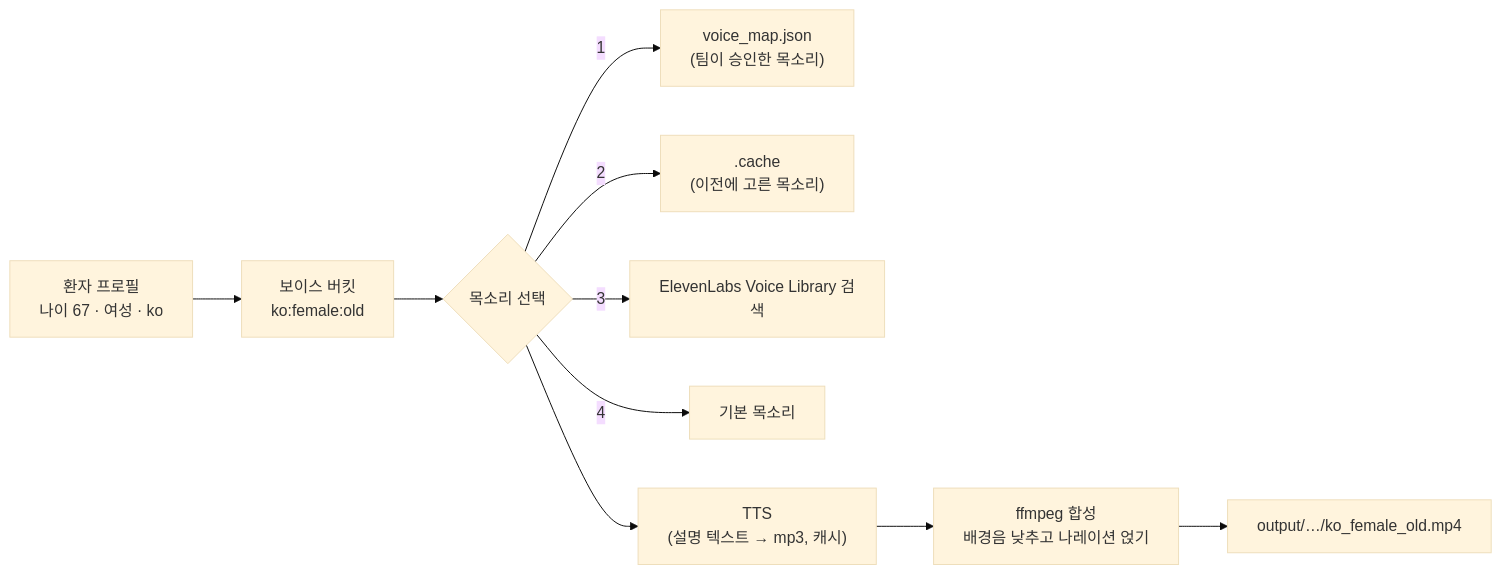
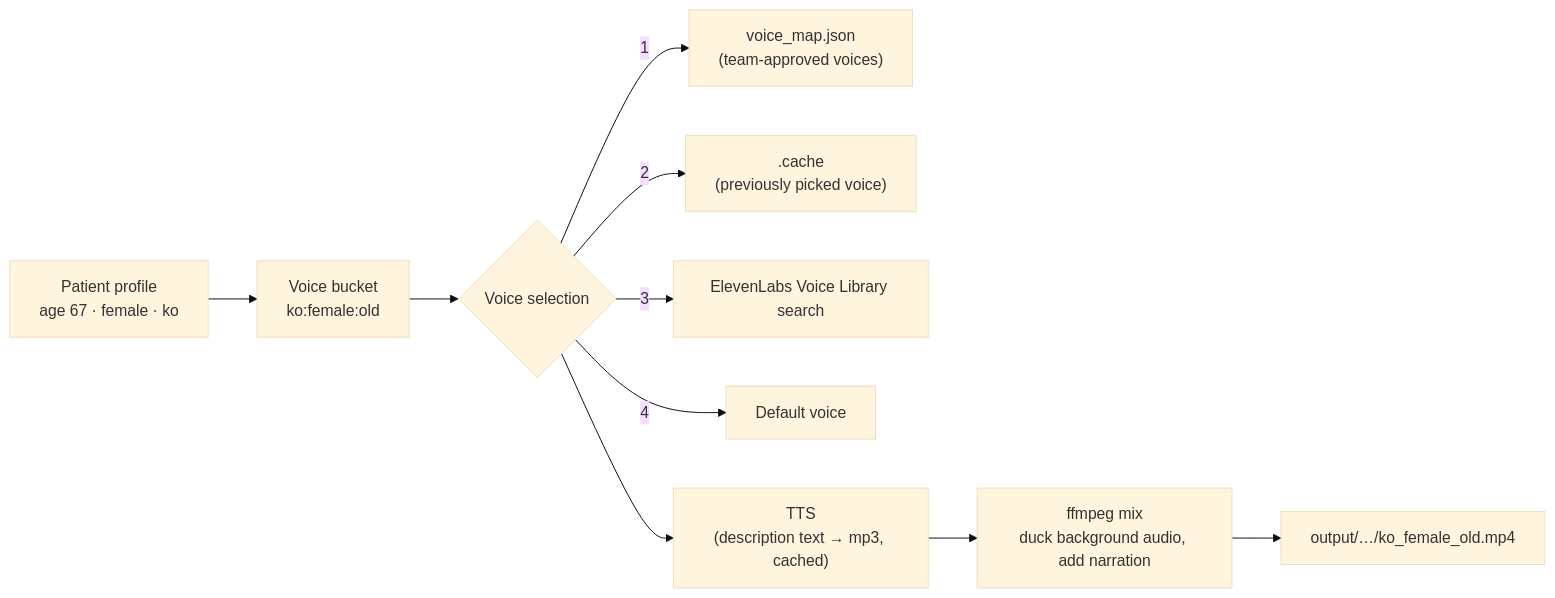
The diagram in README.md (heewonyoon0520/personalized-voiceover), drawn with Mermaid (base theme) before and after one commit. The commit also changed other lines of this file, not shown here.

````diff
--- a/README.md
+++ b/README.md
@@ -7,12 +7,12 @@
 ```mermaid
 flowchart LR
-    P["환자 프로필<br/>나이 67 · 여성 · ko"] --> B["보이스 버킷<br/>ko:female:old"]
-    B --> S{"목소리 선택"}
-    S -->|1| M["voice_map.json<br/>(팀이 승인한 목소리)"]
-    S -->|2| C[".cache<br/>(이전에 고른 목소리)"]
-    S -->|3| L["ElevenLabs Voice Library 검색"]
-    S -->|4| D["기본 목소리"]
-    S --> T["TTS<br/>(설명 텍스트 → mp3, 캐시)"]
-    T --> F["ffmpeg 합성<br/>배경음 낮추고 나레이션 얹기"]
+    P["Patient profile<br/>age 67 · female · ko"] --> B["Voice bucket<br/>ko:female:old"]
+    B --> S{"Voice selection"}
+    S -->|1| M["voice_map.json<br/>(team-approved voices)"]
+    S -->|2| C[".cache<br/>(previously picked voice)"]
+    S -->|3| L["ElevenLabs Voice Library search"]
+    S -->|4| D["Default voice"]
+    S --> T["TTS<br/>(description text → mp3, cached)"]
+    T --> F["ffmpeg mix<br/>duck background audio, add narration"]
     F --> O["output/…/ko_female_old.mp4"]
 ```
````
